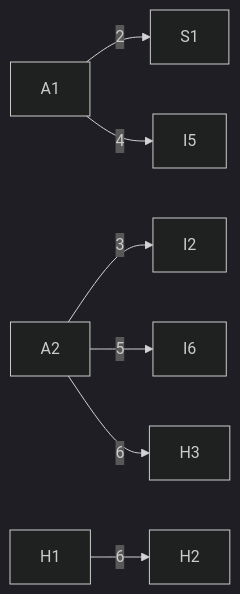
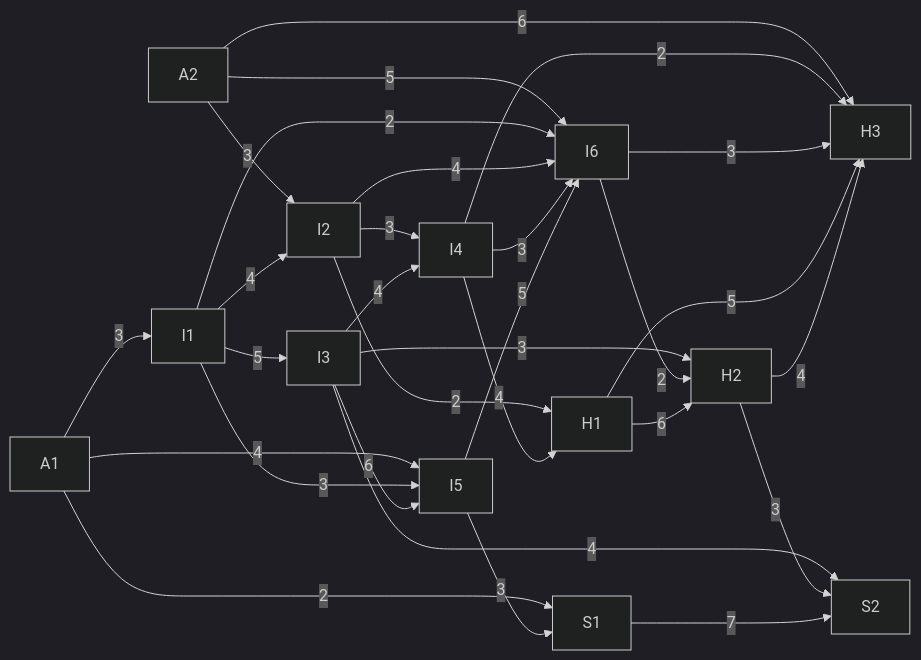
The diagram in README.md (anjali-2201/Route-Optimizer), drawn with Mermaid (dark theme) before and after one commit.

Commit message:
added full graph'

````diff
--- a/README.md
+++ b/README.md
@@ -46,9 +46,47 @@
 ```mermaid
 graph LR
+
+    %% Ambulance Stations
+    A1 -->|3| I1
+    A1 -->|4| I5
     A1 -->|2| S1
-    A1 -->|4| I5
+
     A2 -->|3| I2
     A2 -->|5| I6
     A2 -->|6| H3
+
+    %% Intersections
+    I1 -->|4| I2
+    I1 -->|5| I3
+    I1 -->|3| I5
+    I1 -->|2| I6
+
+    I2 -->|3| I4
+    I2 -->|4| I6
+    I2 -->|2| H1
+
+    I3 -->|4| I4
+    I3 -->|6| I5
+    I3 -->|3| H2
+    I3 -->|4| S2
+
+    I4 -->|3| I6
+    I4 -->|4| H1
+    I4 -->|2| H3
+
+    I5 -->|5| I6
+    I5 -->|3| S1
+
+    I6 -->|2| H2
+    I6 -->|3| H3
+
+    %% Hospitals
     H1 -->|6| H2
+    H1 -->|5| H3
+
+    H2 -->|4| H3
+    H2 -->|3| S2
+
+    %% Schools
+    S1 -->|7| S2
 ```
````
